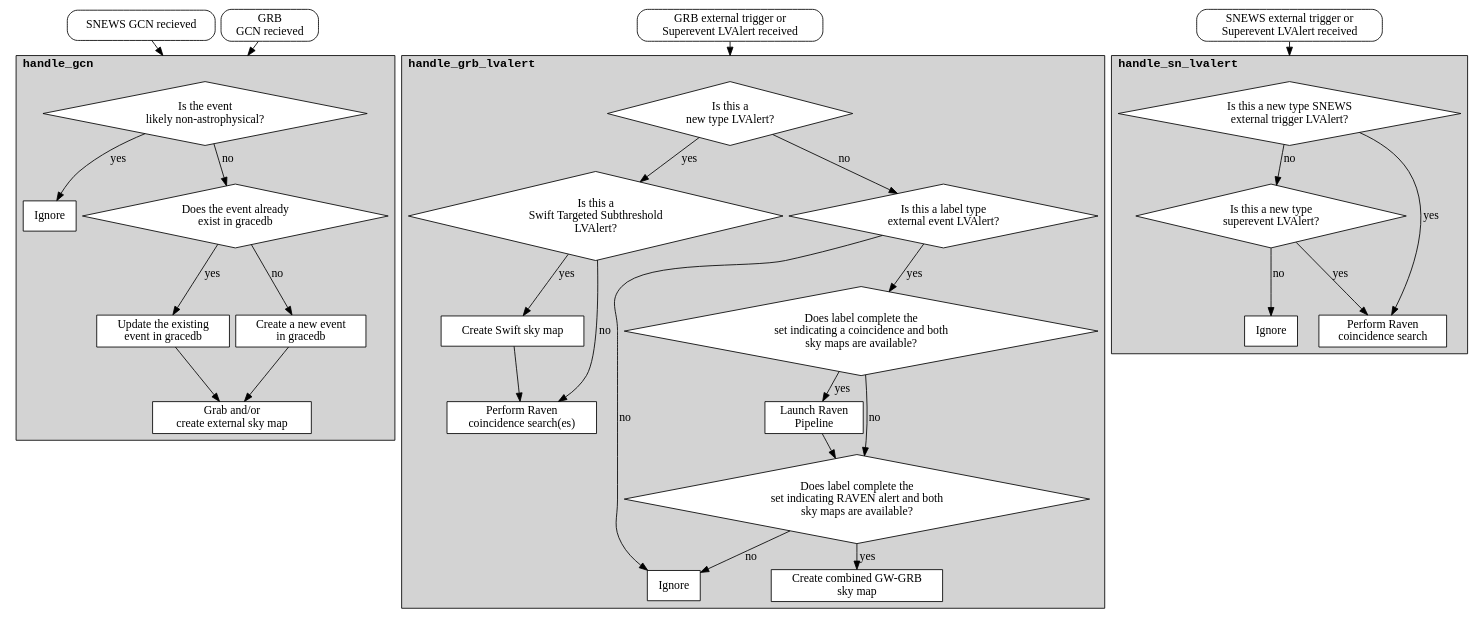
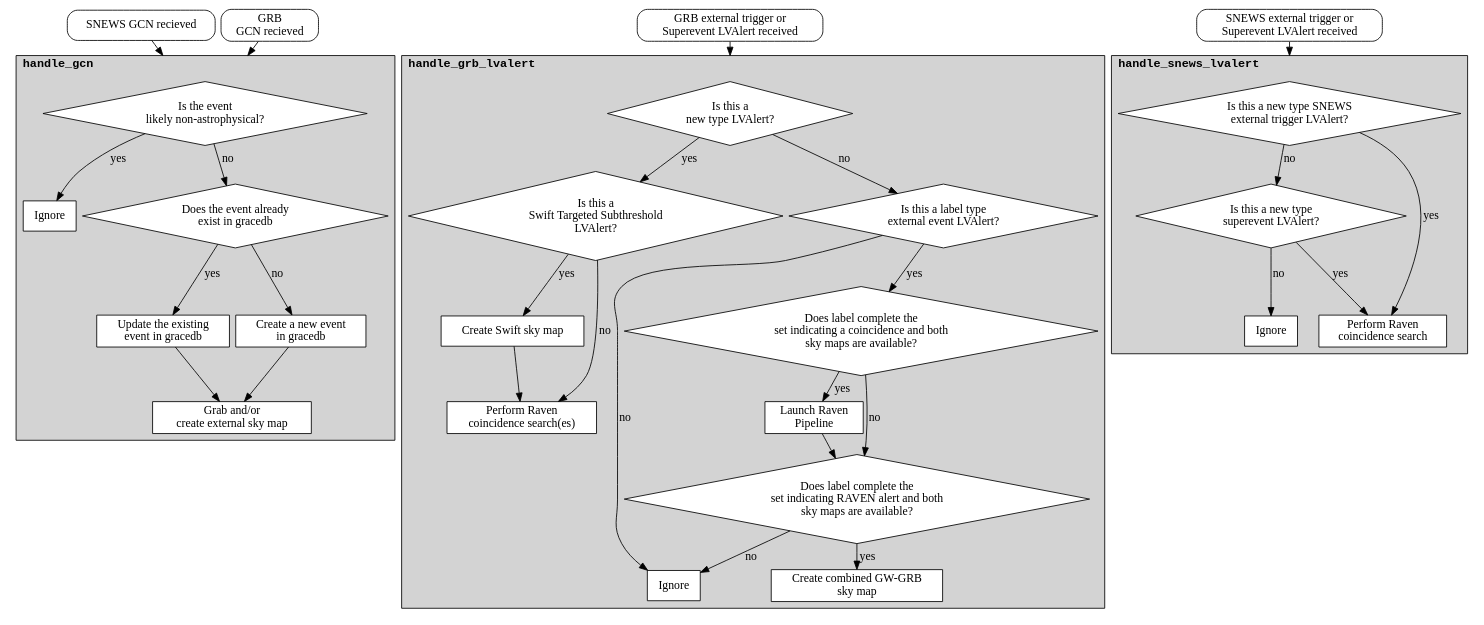
The diagram in doc/gwcelery.tasks.external_triggers.rst (lpsinger/gwcelery), drawn with Graphviz before and after one commit. The commit also changed other lines of this file, not shown here.

Commit message:
Fix incorrect naming of snews in documentation

```diff
--- a/doc/gwcelery.tasks.external_triggers.rst
+++ b/doc/gwcelery.tasks.external_triggers.rst
@@ -178,9 +178,9 @@
         label="SNEWS external trigger or\nSuperevent LVAlert received"
     ]
 
-    subgraph cluster_sn_lvalert_handle {
-        href = "../gwcelery.tasks.external_triggers.html#gwcelery.tasks.external_triggers.handle_sn_lvalert"
-        label = <<B><FONT face="monospace">handle_sn_lvalert</FONT></B>>
+    subgraph cluster_snews_lvalert_handle {
+        href = "../gwcelery.tasks.external_triggers.html#gwcelery.tasks.external_triggers.handle_snews_lvalert"
+        label = <<B><FONT face="monospace">handle_snews_lvalert</FONT></B>>
 
         ignore [
             label="Ignore"
@@ -202,7 +202,7 @@
     }
 
     SNEWS_External_Trigger_or_Superevent_LVAlert -> is_new_exttrig_lvalert [
-        lhead = cluster_sn_lvalert_handle
+        lhead = cluster_snews_lvalert_handle
     ]
     is_new_exttrig_lvalert -> perform_raven_search[label="yes"]
     is_new_exttrig_lvalert -> is_new_superevent_lvalert[label="no"]
```
